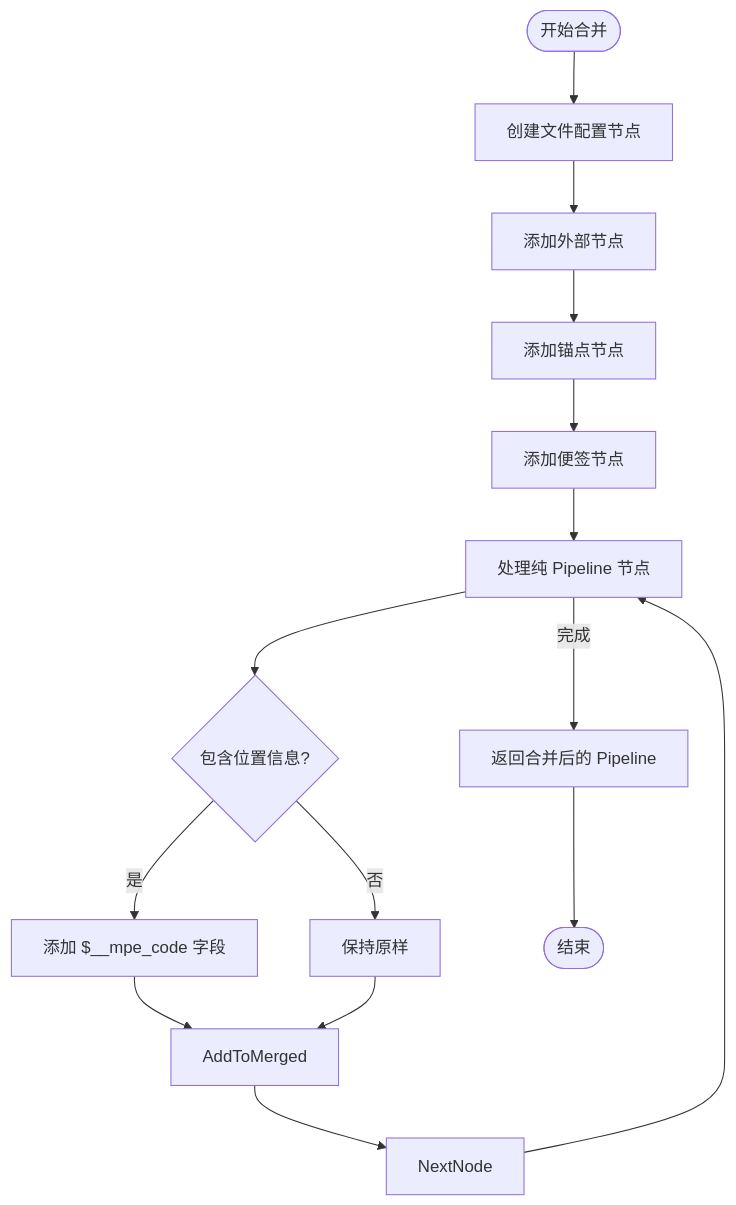
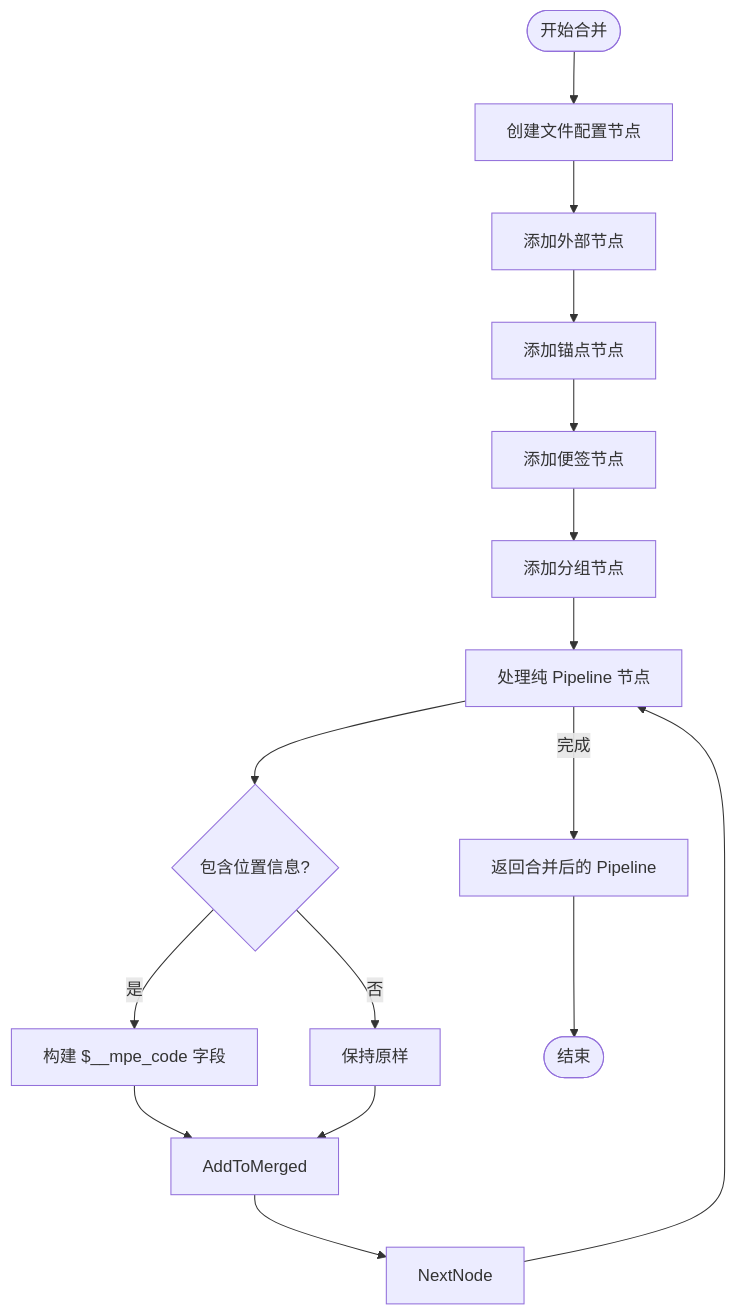
One commit to kqcoxn/MaaPipelineEditor changed the third of 5 diagrams in .qoder/repowiki/zh/content/特性/解析器/配置分割与合并.md. Above: the diagram before and after it, drawn with Mermaid. The commit also changed other lines of this file and 14 other files, not shown here.

````diff
--- a/.qoder/repowiki/zh/content/特性/解析器/配置分割与合并.md
+++ b/.qoder/repowiki/zh/content/特性/解析器/配置分割与合并.md
@@ -171,17 +181,18 @@
 ```mermaid
 flowchart TD
 Start([开始合并]) --> CreateFileConfig["创建文件配置节点"]
 CreateFileConfig --> AddExternalNodes["添加外部节点"]
 AddExternalNodes --> AddAnchorNodes["添加锚点节点"]
 AddAnchorNodes --> AddStickerNodes["添加便签节点"]
-AddStickerNodes --> ProcessPipeline["处理纯 Pipeline 节点"]
+AddStickerNodes --> AddGroupNodes["添加分组节点"]
+AddGroupNodes --> ProcessPipeline["处理纯 Pipeline 节点"]
 ProcessPipeline --> HasPosition{"包含位置信息?"}
-HasPosition --> |是| AddConfigMark["添加 $__mpe_code 字段"]
+HasPosition --> |是| BuildMpeCode["构建 $__mpe_code 字段"]
 HasPosition --> |否| KeepAsIs["保持原样"]
-AddConfigMark --> AddToMerged
+BuildMpeCode --> AddToMerged
 KeepAsIs --> AddToMerged
 AddToMerged --> NextNode
 NextNode --> ProcessPipeline
 ProcessPipeline --> |完成| ReturnMerged["返回合并后的 Pipeline"]
 ReturnMerged --> End([结束])
 ```
````
